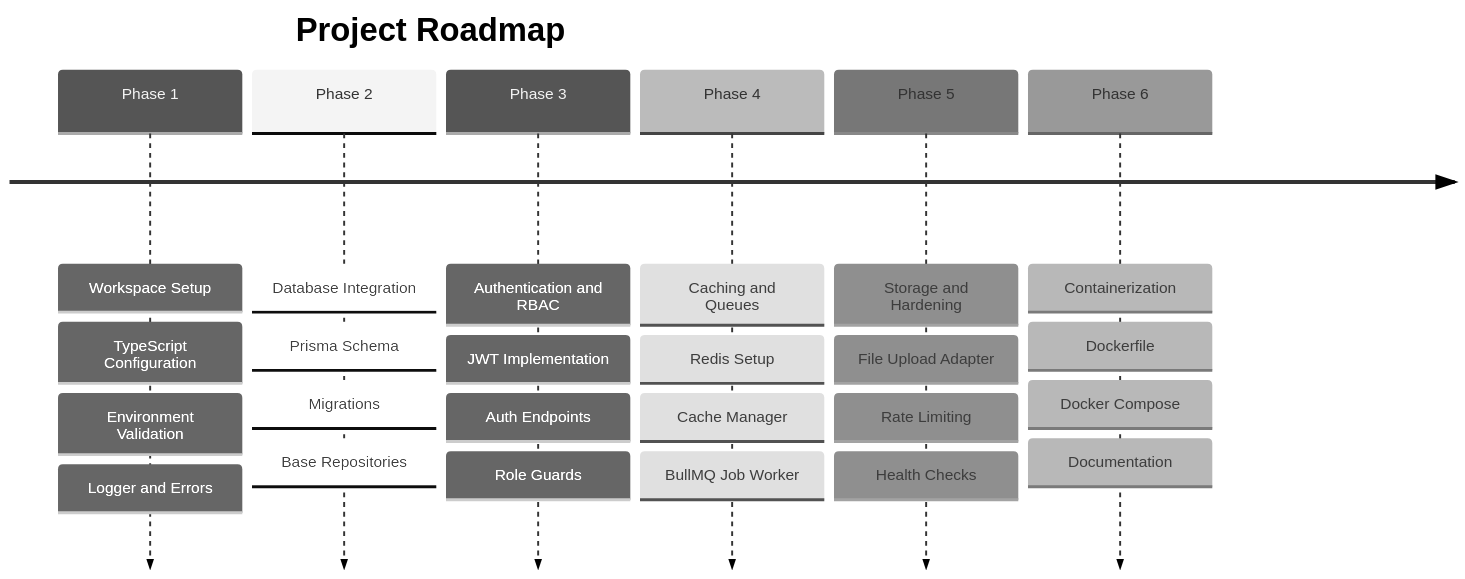
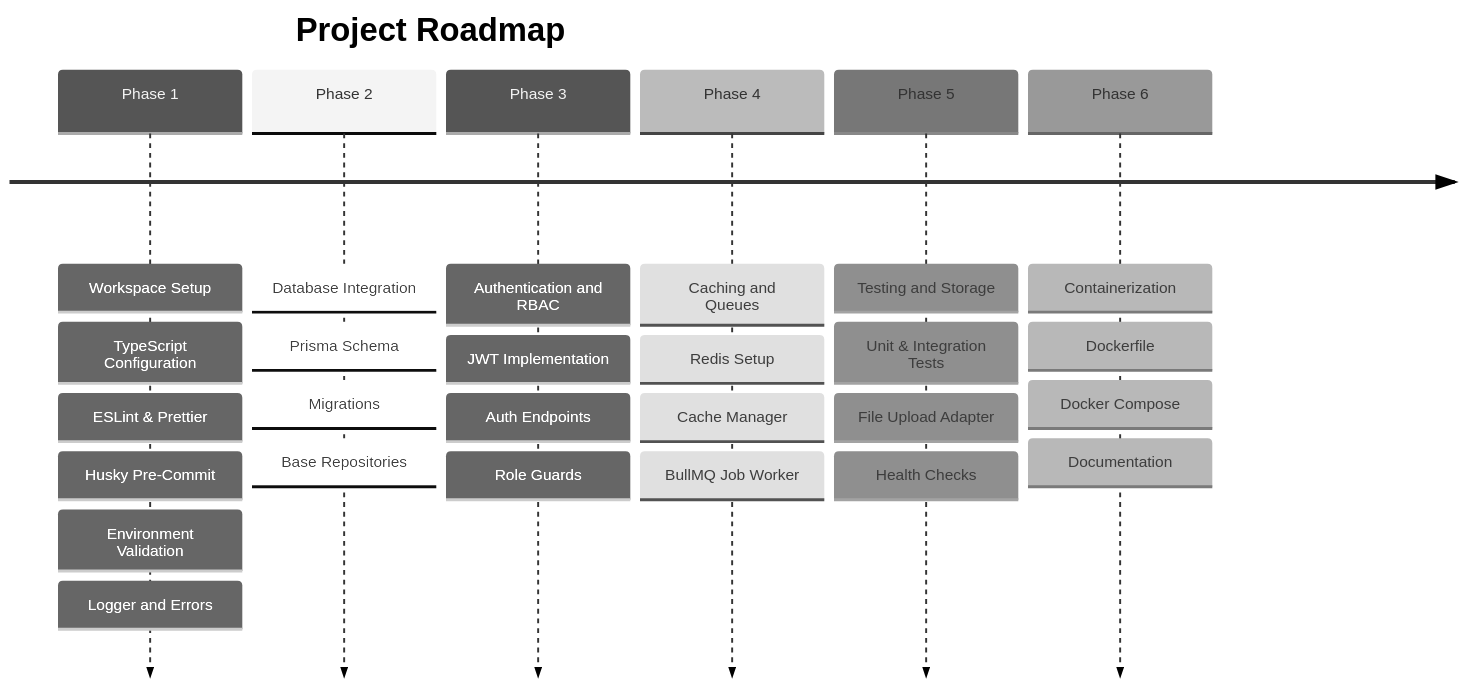
One commit to Manjeet-Yadav-777/Node-JS-Backend-Kit changed the second of 2 diagrams in PRD.md. Above: the diagram before and after it, drawn with Mermaid (neutral theme). The commit also changed other lines of this file, not shown here.

Commit message:
docs: add linting, testing, and pre-commit hooks to PRD

````diff
--- a/PRD.md
+++ b/PRD.md
@@ -128,10 +143,10 @@
 ```mermaid
 timeline
     title Project Roadmap
-    Phase 1 : Workspace Setup : TypeScript Configuration : Environment Validation : Logger and Errors
+    Phase 1 : Workspace Setup : TypeScript Configuration : ESLint & Prettier : Husky Pre-Commit : Environment Validation : Logger and Errors
     Phase 2 : Database Integration : Prisma Schema : Migrations : Base Repositories
     Phase 3 : Authentication and RBAC : JWT Implementation : Auth Endpoints : Role Guards
     Phase 4 : Caching and Queues : Redis Setup : Cache Manager : BullMQ Job Worker
-    Phase 5 : Storage and Hardening : File Upload Adapter : Rate Limiting : Health Checks
+    Phase 5 : Testing and Storage : Unit & Integration Tests : File Upload Adapter : Health Checks
     Phase 6 : Containerization : Dockerfile : Docker Compose : Documentation
 ```
````
